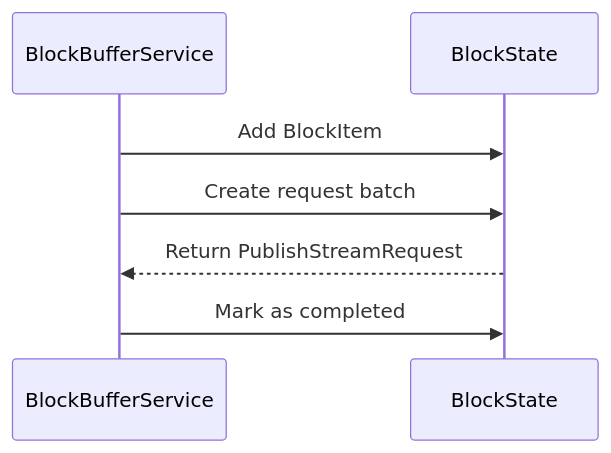
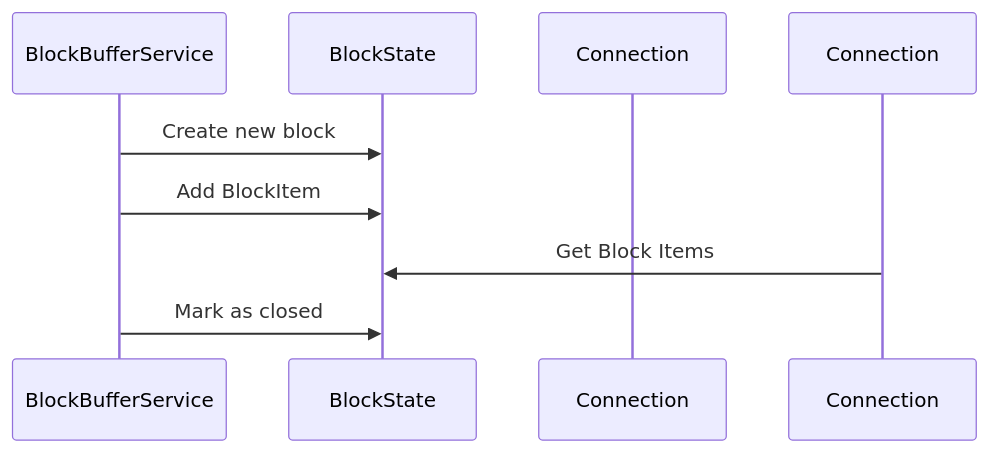
Before and after one commit to hiero-ledger/hiero-consensus-node: the first of 2 diagrams in hedera-node/docs/design/app/blocks/BlockState.md, drawn with Mermaid. The commit also changed other lines of this file and 2 other files, not shown here.

````diff
--- a/hedera-node/docs/design/app/blocks/BlockState.md
+++ b/hedera-node/docs/design/app/blocks/BlockState.md
@@ -45,10 +41,11 @@
 ```mermaid
 sequenceDiagram
-    participant StateMgr as BlockBufferService
+    participant Buffer as BlockBufferService
     participant BlockState as BlockState
+    participant BlockNodeConnection as Connection
 
-    StateMgr->>BlockState: Add BlockItem
-    StateMgr->>BlockState: Create request batch
-    BlockState-->>StateMgr: Return PublishStreamRequest
-    StateMgr->>BlockState: Mark as completed
+    Buffer->>BlockState: Create new block
+    Buffer->>BlockState: Add BlockItem
+    Connection->>BlockState: Get Block Items
+    Buffer->>BlockState: Mark as closed
 ```
````
